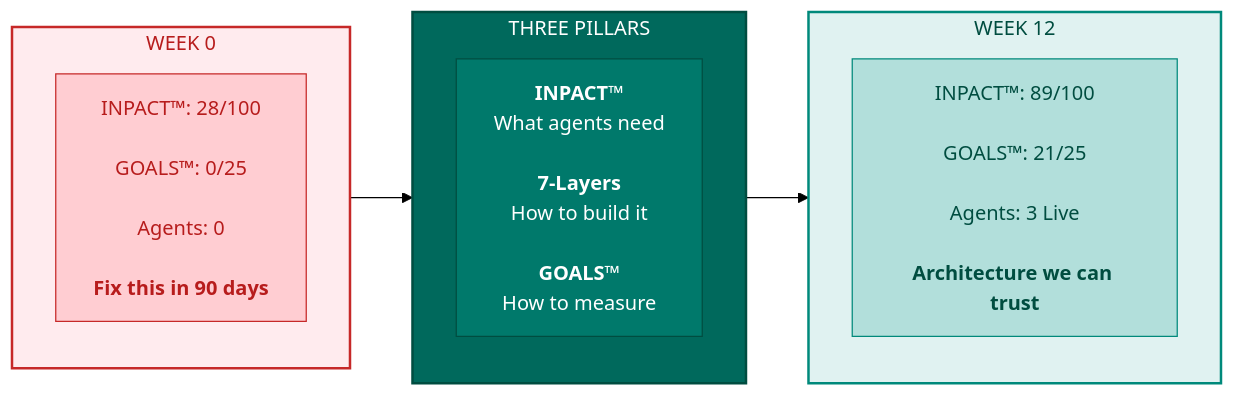
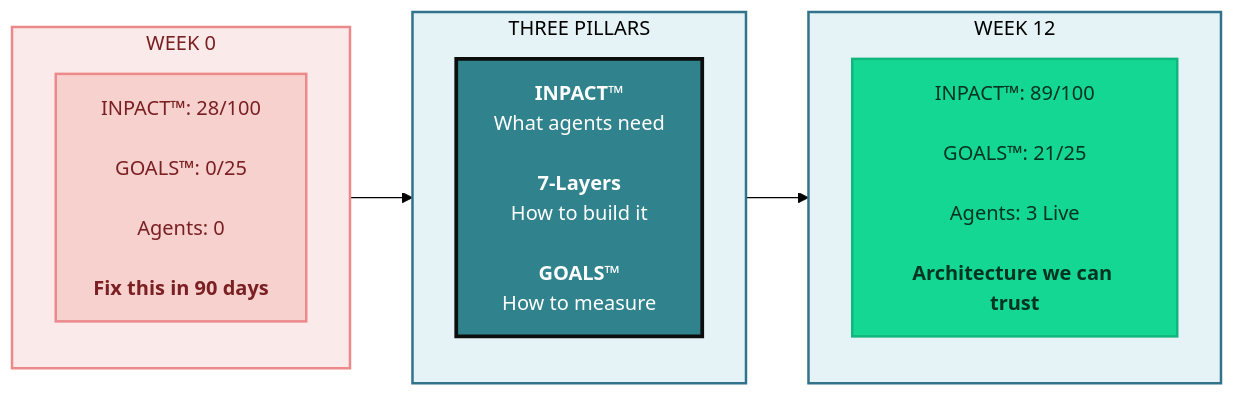
Before and after one commit to saitejesh-cyber/trust-before-intelligence-book: the first of 11 diagrams in manuscript/09_chapter_8_architecture_of_trust_in_action.md, drawn with Mermaid (forest theme). The commit also changed other lines of this file, not shown here.

Commit message:
Update mermaid diagrams as per new coloberry color and contrast ratio for chapter 9

````diff
--- a/manuscript/09_chapter_8_architecture_of_trust_in_action.md
+++ b/manuscript/09_chapter_8_architecture_of_trust_in_action.md
@@ -7,28 +7,28 @@
 ```mermaid
 
 graph LR
     subgraph BEFORE["WEEK 0"]
         direction TB
         B1["INPACT™: 28/100<br/><br/>GOALS™: 0/25<br/><br/>Agents: 0<br/><br/><b>Fix this in 90 days</b>"]
     end
     
     subgraph PILLARS["THREE PILLARS"]
         direction TB
         P1["<b>INPACT™</b><br/>What agents need<br/><br/><b>7-Layers</b><br/>How to build it<br/><br/><b>GOALS™</b><br/>How to measure"]
     end
     
     subgraph AFTER["WEEK 12"]
         direction TB
         A1["INPACT™: 89/100<br/><br/>GOALS™: 21/25<br/><br/>Agents: 3 Live<br/><br/><b>Architecture we can trust</b>"]
     end
     
     BEFORE --> PILLARS --> AFTER
     
-    style BEFORE fill:#ffebee,stroke:#c62828,stroke-width:2px,color:#b71c1c
-    style PILLARS fill:#00695c,stroke:#004d40,stroke-width:2px,color:#ffffff
-    style AFTER fill:#e0f2f1,stroke:#00897b,stroke-width:2px,color:#004d40
-    style B1 fill:#ffcdd2,stroke:#c62828,color:#b71c1c
-    style P1 fill:#00796b,stroke:#004d40,color:#ffffff
-    style A1 fill:#b2dfdb,stroke:#00897b,color:#004d40
+    style BEFORE fill:#FBEAEA,stroke:#EB898B,stroke-width:2px,color:#7A1F22
+    style PILLARS fill:#E6F3F6,stroke:#32738C,stroke-width:2px,color:#000000
+    style AFTER fill:#E6F3F6,stroke:#32738C,stroke-width:2px,color:#000000
+    style B1 fill:#F6D1CE,stroke:#EB898B,stroke-width:2px,color:#7A1F22
+    style P1 fill:#30838C,stroke:#0D0D0D,stroke-width:3px,color:#ffffff
+    style A1 fill:#14D793,stroke:#0FB67D,stroke-width:2px,color:#003322
 
 ```
````
